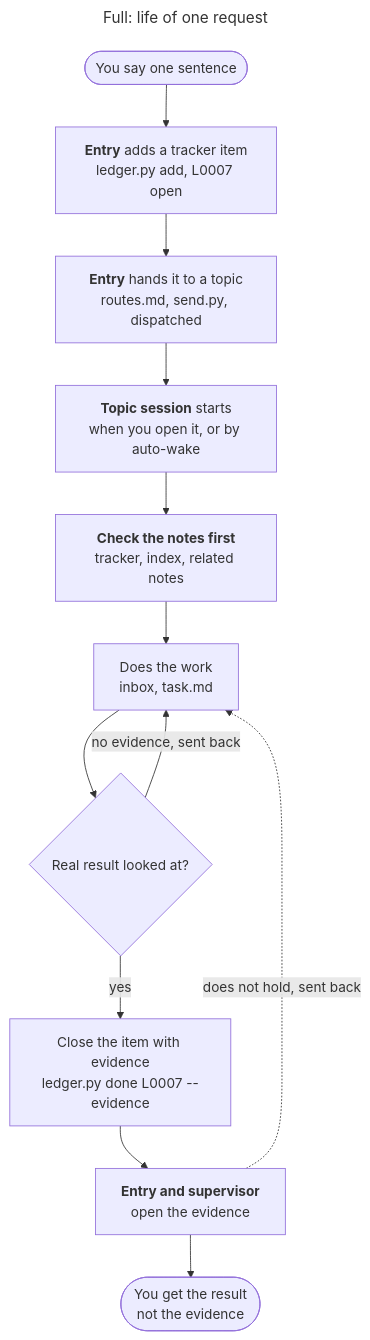
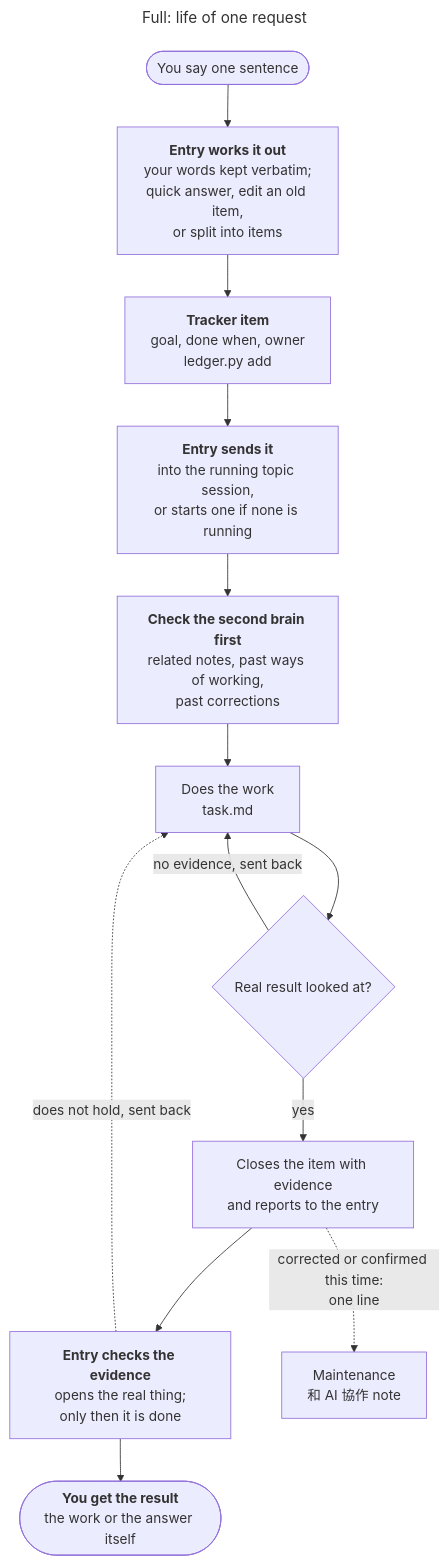
The second of 6 diagrams in docs/ADVANCED.md (0Smallcat0/second-brain-kit), drawn with Mermaid before and after one commit. The commit also changed other lines of this file and 61 other files, not shown here.

Commit message:
0.2.5: entry + maintenance only; maintenance learns from corrections and confirmations

````diff
--- a/docs/ADVANCED.md
+++ b/docs/ADVANCED.md
@@ -110,17 +125,18 @@
 ```mermaid
 ---
 title: "Full: life of one request"
 ---
 flowchart TD
-  A(["You say one sentence"]) --> B["<b>Entry</b> adds a tracker item<br/>ledger.py add, L0007 open"]
-  B --> C["<b>Entry</b> hands it to a topic<br/>routes.md, send.py, dispatched"]
-  C --> D["<b>Topic session</b> starts<br/>when you open it, or by auto-wake"]
-  D --> N["<b>Check the notes first</b><br/>tracker, index, related notes"]
-  N --> W["Does the work<br/>inbox, task.md"]
+  A(["You say one sentence"]) --> P["<b>Entry works it out</b><br/>your words kept verbatim;<br/>quick answer, edit an old item,<br/>or split into items"]
+  P --> B["<b>Tracker item</b><br/>goal, done when, owner<br/>ledger.py add"]
+  B --> C["<b>Entry sends it</b><br/>into the running topic session,<br/>or starts one if none is running"]
+  C --> N["<b>Check the second brain first</b><br/>related notes, past ways of working,<br/>past corrections"]
+  N --> W["Does the work<br/>task.md"]
   W --> E{"Real result looked at?"}
   E -->|no evidence, sent back| W
-  E -->|yes| F["Close the item with evidence<br/>ledger.py done L0007 --evidence"]
-  F --> S["<b>Entry and supervisor</b><br/>open the evidence"]
+  E -->|yes| F["Closes the item with evidence<br/>and reports to the entry"]
+  F --> S["<b>Entry checks the evidence</b><br/>opens the real thing;<br/>only then it is done"]
   S -.->|does not hold, sent back| W
-  S --> G(["You get the result<br/>not the evidence"])
+  S --> G(["<b>You get the result</b><br/>the work or the answer itself"])
+  F -.->|"corrected or confirmed this time:<br/>one line"| M["Maintenance<br/>和 AI 協作 note"]
 ```
````
